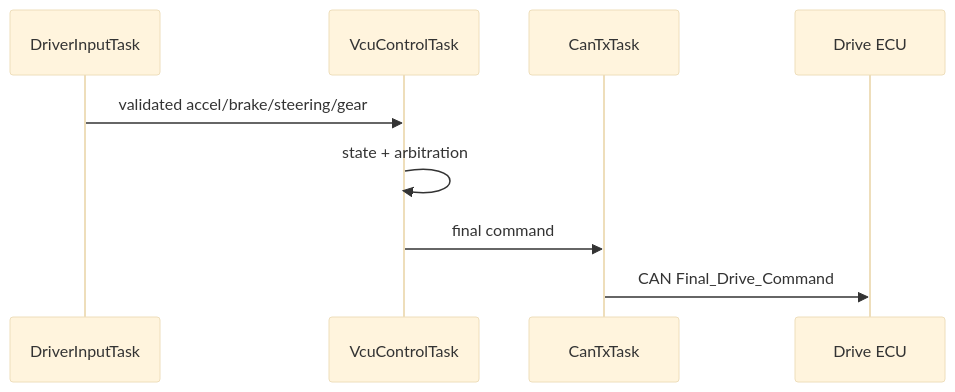
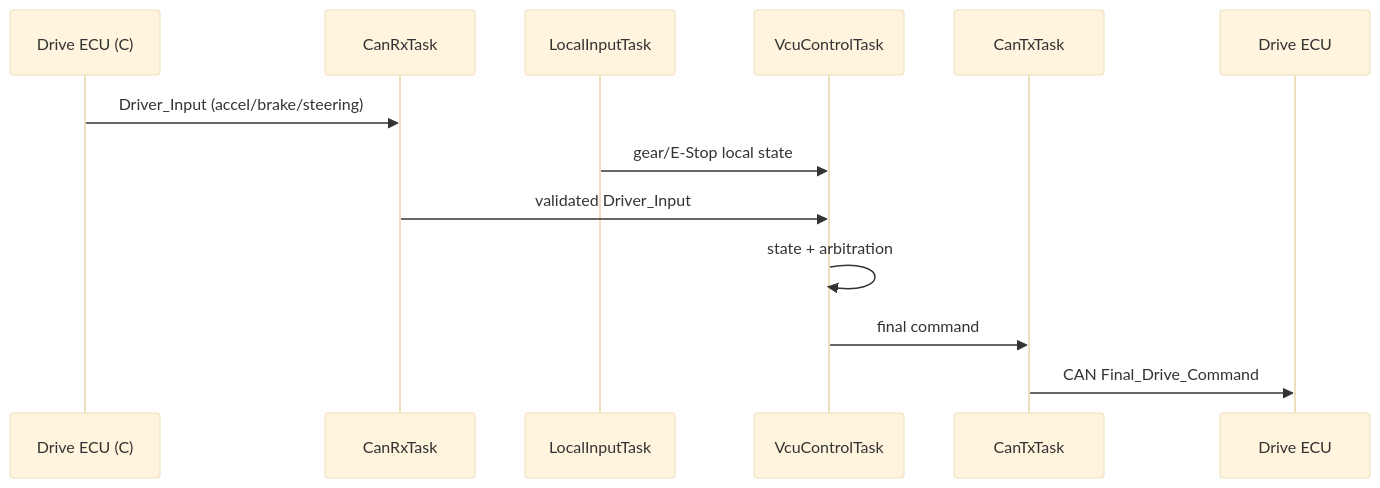
The second of 5 diagrams in docs/ecus/VCU_DTC_CAN_Integration/ARCHITECTURE.md (sunmaan22/SDV_MCU_Project), drawn with Mermaid (base theme) before and after one commit. The commit also changed other lines of this file and 28 other files, not shown here.

````diff
--- a/docs/ecus/VCU_DTC_CAN_Integration/ARCHITECTURE.md
+++ b/docs/ecus/VCU_DTC_CAN_Integration/ARCHITECTURE.md
@@ -197,11 +201,15 @@
 ```mermaid
 sequenceDiagram
-    participant DI as DriverInputTask
+    participant DR0 as Drive ECU (C)
+    participant RX as CanRxTask
+    participant LI as LocalInputTask
     participant VC as VcuControlTask
     participant TX as CanTxTask
     participant DR as Drive ECU
-    DI->>VC: validated accel/brake/steering/gear
+    DR0->>RX: Driver_Input (accel/brake/steering)
+    LI->>VC: gear/E-Stop local state
+    RX->>VC: validated Driver_Input
     VC->>VC: state + arbitration
     VC->>TX: final command
     TX->>DR: CAN Final_Drive_Command
 ```
````
